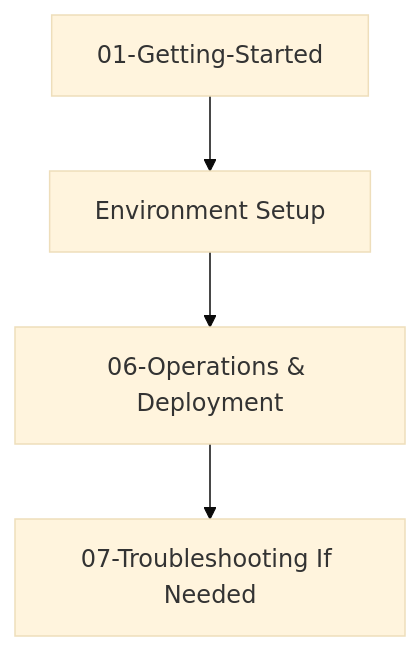
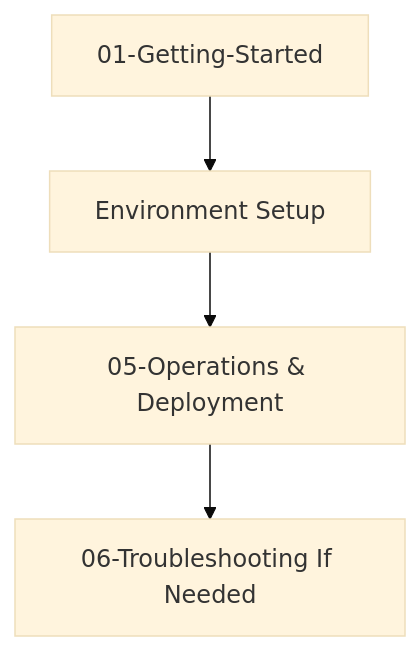
Before and after one commit to Glad-Labs/poindexter: the second of 2 diagrams in docs/02-Tutorials/README.md, drawn with Mermaid (base theme). The commit also changed other lines of this file and 25 other files, not shown here.

````diff
--- a/docs/02-Tutorials/README.md
+++ b/docs/02-Tutorials/README.md
@@ -123,6 +123,6 @@
 ```mermaid
 graph TD
     A["01-Getting-Started"] --> B["Environment Setup"]
-    B --> C["06-Operations & Deployment"]
-    C --> D["07-Troubleshooting If Needed"]
+    B --> C["05-Operations & Deployment"]
+    C --> D["06-Troubleshooting If Needed"]
 ```
````
